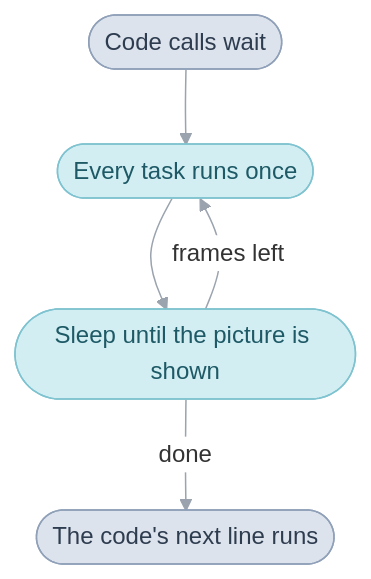
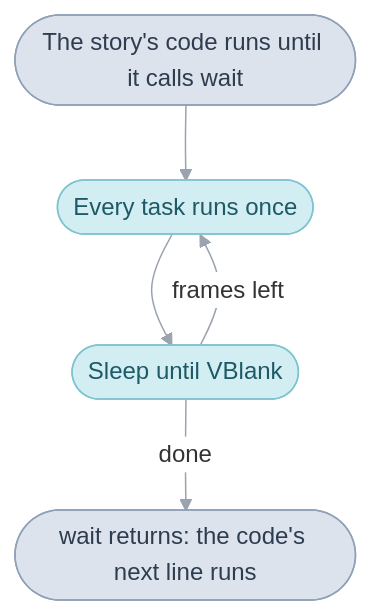
The second of 2 diagrams in games/tbs/system.md (PascalPixel/alchemy), drawn with Mermaid before and after one commit. The commit also changed other lines of this file and 5 other files, not shown here.

First line of the commit message:
☀️ The guides say how time passes: wait() is the frame loop, and what a task is

````diff
--- a/games/tbs/system.md
+++ b/games/tbs/system.md
@@ -73,12 +87,12 @@
 ```mermaid
 %%{init: {"theme": "base", "themeVariables": {"lineColor": "#9AA3AE", "edgeLabelBackground": "#FFFFFF"}, "flowchart": {"curve": "basis", "padding": 12}}}%%
 flowchart TD
-  call(["Code calls wait"]) --> tasks(["Every task runs once"])
-  tasks --> halt(["Sleep until the picture is shown"])
+  code(["The story's code runs until it calls wait"]) --> tasks(["Every task runs once"])
+  tasks --> halt(["Sleep until VBlank"])
   halt -- "frames left" --> tasks
-  halt -- "done" --> back(["The code's next line runs"])
+  halt -- "done" --> back(["wait returns: the code's next line runs"])
   classDef code fill:#DDE3EC,stroke:#8FA0B8,color:#2E3C50
   classDef frame fill:#D2EEF3,stroke:#7FC3D0,color:#1E5966
-  class call,back code
+  class code,back code
   class tasks,halt frame
 ```
````
